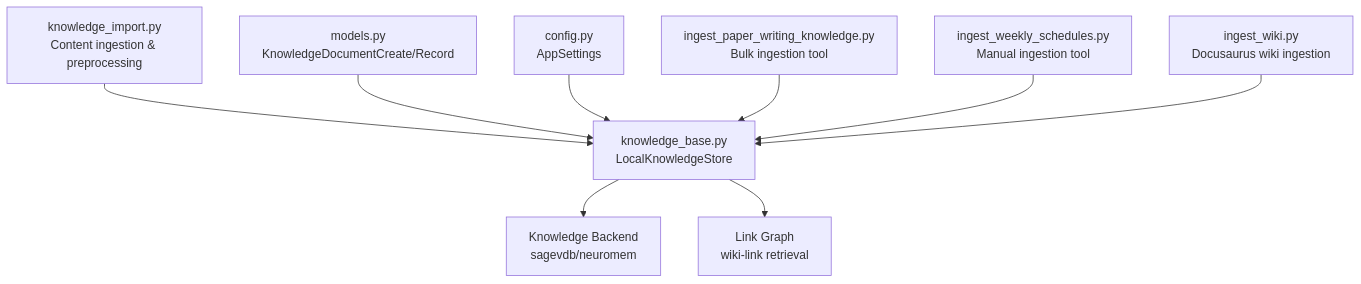
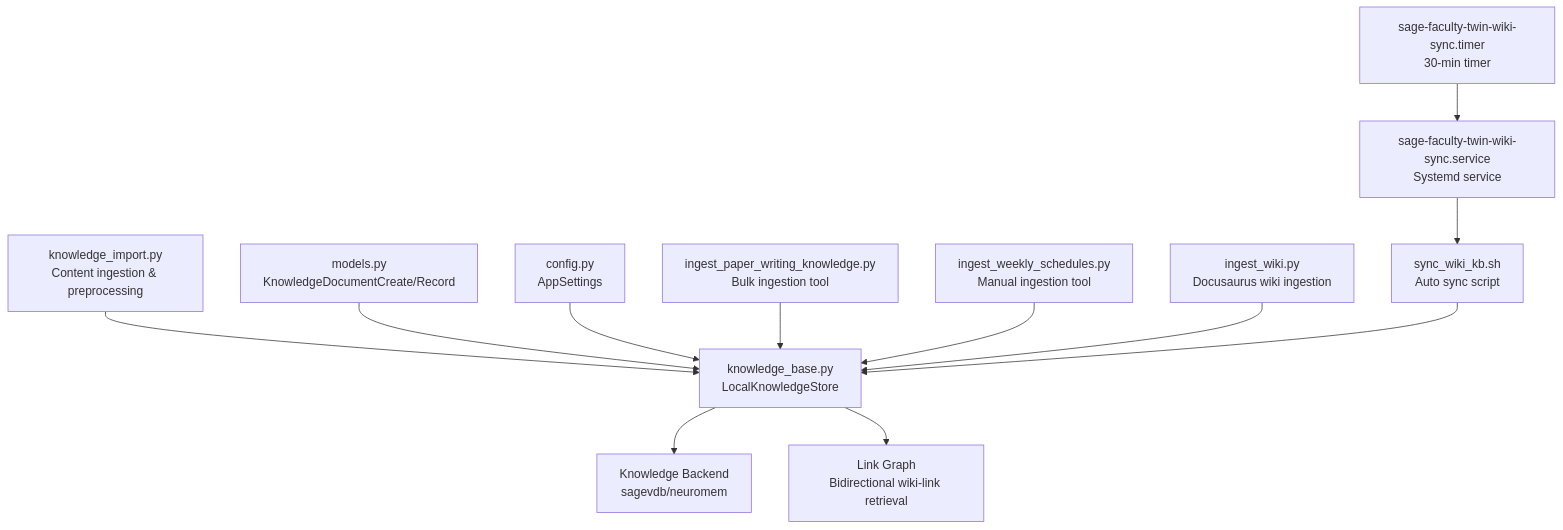
The first of 7 diagrams in .qoder/repowiki/en/content/Knowledge Management/Knowledge Ingestion Pipeline.md (intellistream/sage-mate), drawn with Mermaid before and after one commit. The commit also changed other lines of this file and 115 other files, not shown here.

````diff
--- a/.qoder/repowiki/en/content/Knowledge Management/Knowledge Ingestion Pipeline.md
+++ b/.qoder/repowiki/en/content/Knowledge Management/Knowledge Ingestion Pipeline.md
@@ -44,11 +49,14 @@
 ```mermaid
 graph TB
 A["knowledge_import.py<br/>Content ingestion & preprocessing"] --> B["knowledge_base.py<br/>LocalKnowledgeStore"]
 C["models.py<br/>KnowledgeDocumentCreate/Record"] --> B
 D["config.py<br/>AppSettings"] --> B
 E["ingest_paper_writing_knowledge.py<br/>Bulk ingestion tool"] --> B
 F["ingest_weekly_schedules.py<br/>Manual ingestion tool"] --> B
 G["ingest_wiki.py<br/>Docusaurus wiki ingestion"] --> B
-B --> H["Knowledge Backend<br/>sagevdb/neuromem"]
-B --> I["Link Graph<br/>wiki-link retrieval"]
+H["sync_wiki_kb.sh<br/>Auto sync script"] --> B
+I["sage-faculty-twin-wiki-sync.service<br/>Systemd service"] --> H
+J["sage-faculty-twin-wiki-sync.timer<br/>30-min timer"] --> I
+B --> K["Knowledge Backend<br/>sagevdb/neuromem"]
+B --> L["Link Graph<br/>Bidirectional wiki-link retrieval"]
 ```
````
